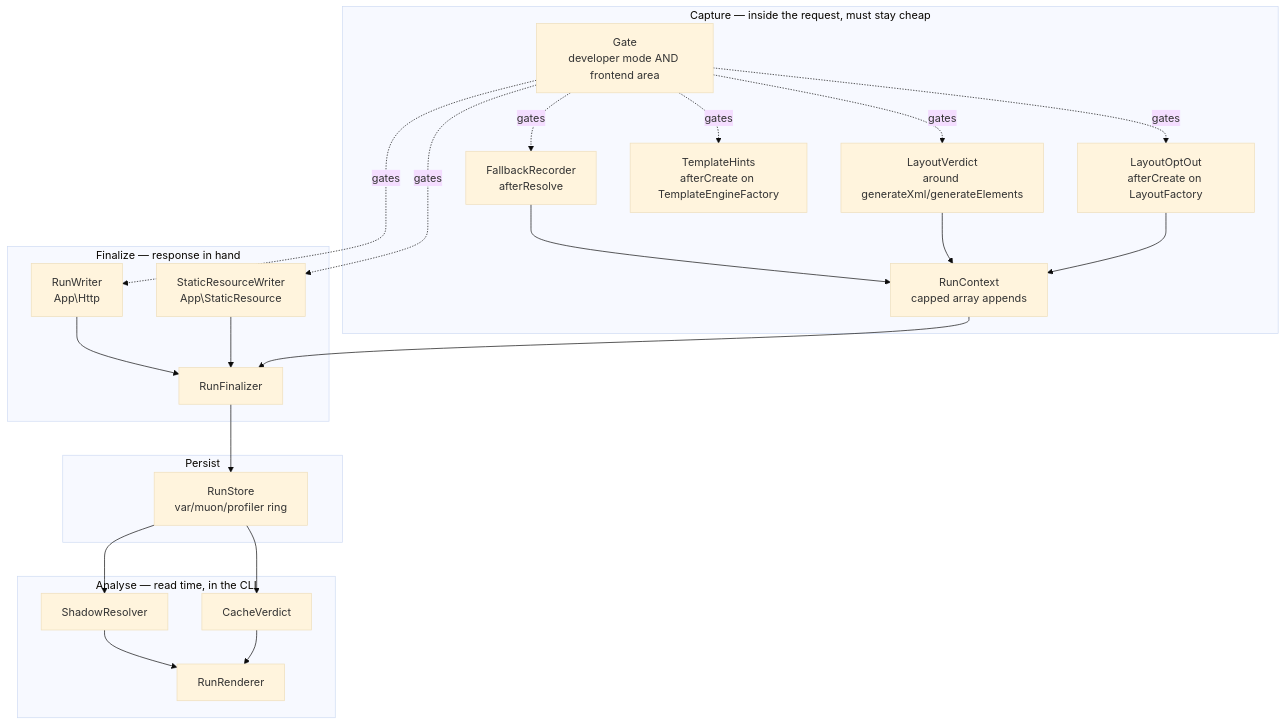
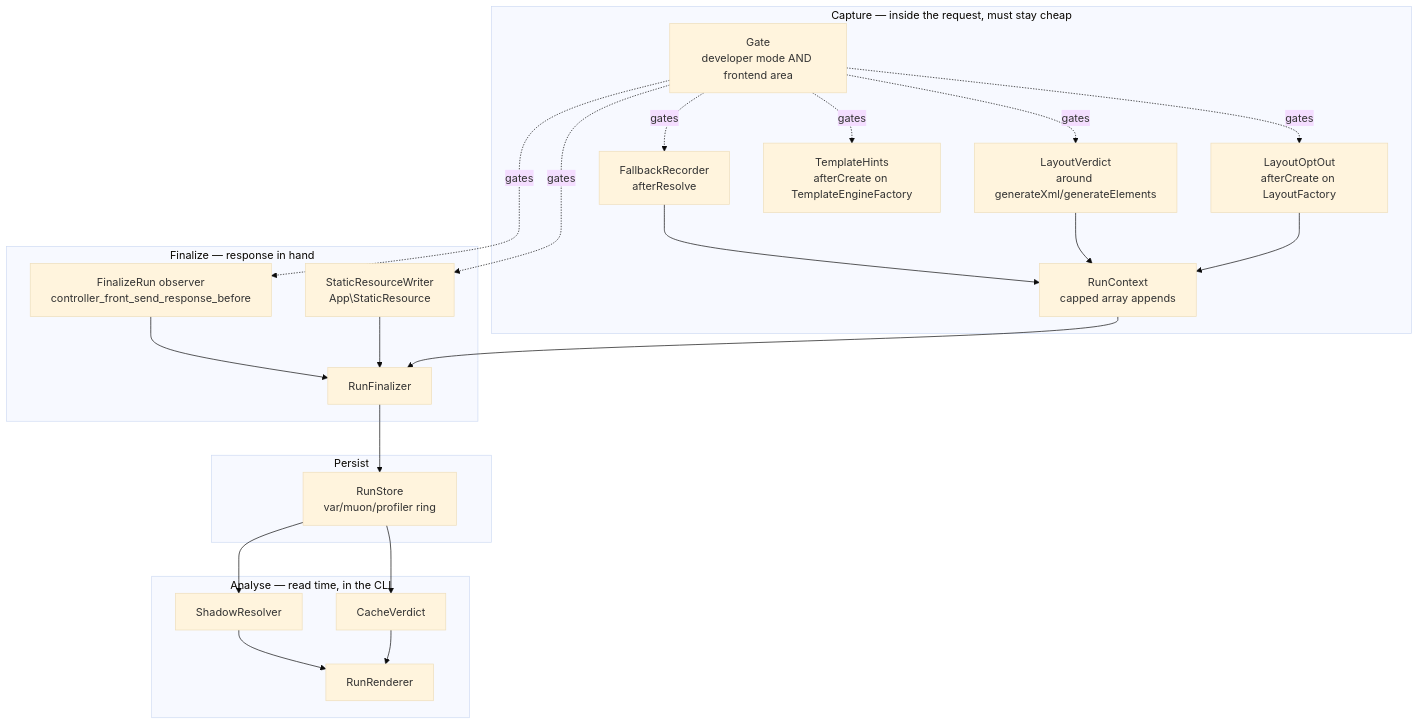
Before and after one commit to muon-m2/magento2-module-dev-profiler: the diagram in docs/technical-reference.md, drawn with Mermaid (base theme). The commit also changed other lines of this file and 1 other file, not shown here.

````diff
--- a/docs/technical-reference.md
+++ b/docs/technical-reference.md
@@ -11,37 +11,37 @@
 ```mermaid
 graph TD
     subgraph Capture["Capture — inside the request, must stay cheap"]
         G[Gate<br/>developer mode AND frontend area]
         RC[RunContext<br/>capped array appends]
         FR[FallbackRecorder<br/>afterResolve]
         LV[LayoutVerdict<br/>around generateXml/generateElements]
         LO[LayoutOptOut<br/>afterCreate on LayoutFactory]
         TH[TemplateHints<br/>afterCreate on TemplateEngineFactory]
     end
     subgraph Finalize["Finalize — response in hand"]
-        RW[RunWriter<br/>App\Http]
+        RW[FinalizeRun observer<br/>controller_front_send_response_before]
         SRW[StaticResourceWriter<br/>App\StaticResource]
         RF[RunFinalizer]
     end
     subgraph Persist
         RS[RunStore<br/>var/muon/profiler ring]
     end
     subgraph Analyse["Analyse — read time, in the CLI"]
         SR[ShadowResolver]
         CV[CacheVerdict]
         RR[RunRenderer]
     end
 
     FR --> RC
     LV --> RC
     LO --> RC
     G -.gates.-> FR & LV & LO & TH & RW & SRW
     RW --> RF
     SRW --> RF
     RC --> RF
     RF --> RS
     RS --> SR
     RS --> CV
     SR --> RR
     CV --> RR
 ```
````
